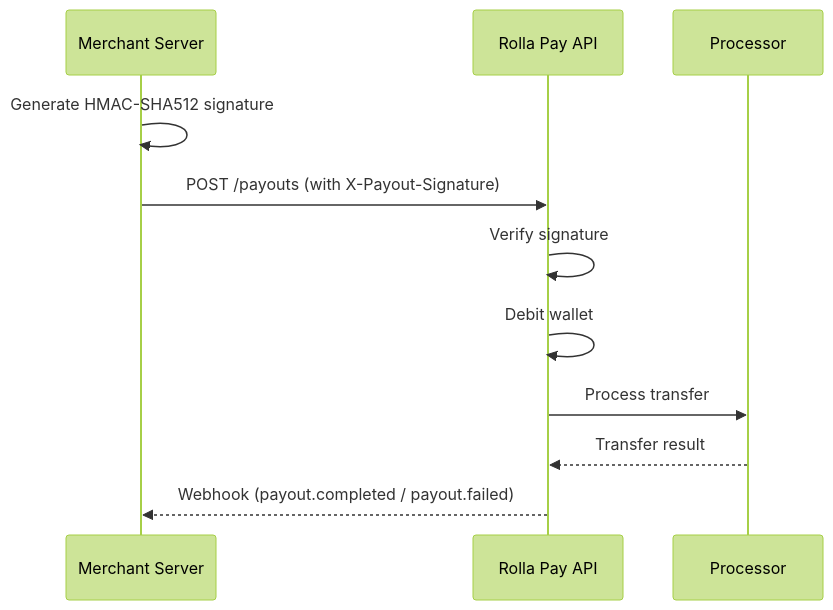
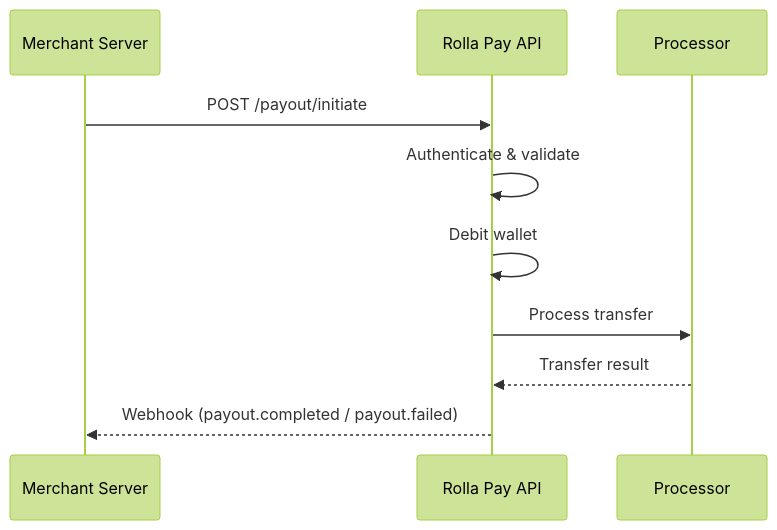
One commit to RollaFi/mintlify-docs changed the diagram in api-reference/payouts.mdx. Above: the diagram before and after it, drawn with Mermaid (forest theme). The commit also changed other lines of this file and 3 other files, not shown here.

````diff
--- a/api-reference/payouts.mdx
+++ b/api-reference/payouts.mdx
@@ -12,14 +12,13 @@
 ```mermaid
 sequenceDiagram
     participant M as Merchant Server
     participant R as Rolla Pay API
     participant P as Processor
 
-    M->>M: Generate HMAC-SHA512 signature
-    M->>R: POST /payouts (with X-Payout-Signature)
-    R->>R: Verify signature
+    M->>R: POST /payout/initiate
+    R->>R: Authenticate & validate
     R->>R: Debit wallet
     R->>P: Process transfer
     P-->>R: Transfer result
     R-->>M: Webhook (payout.completed / payout.failed)
 ```
````
